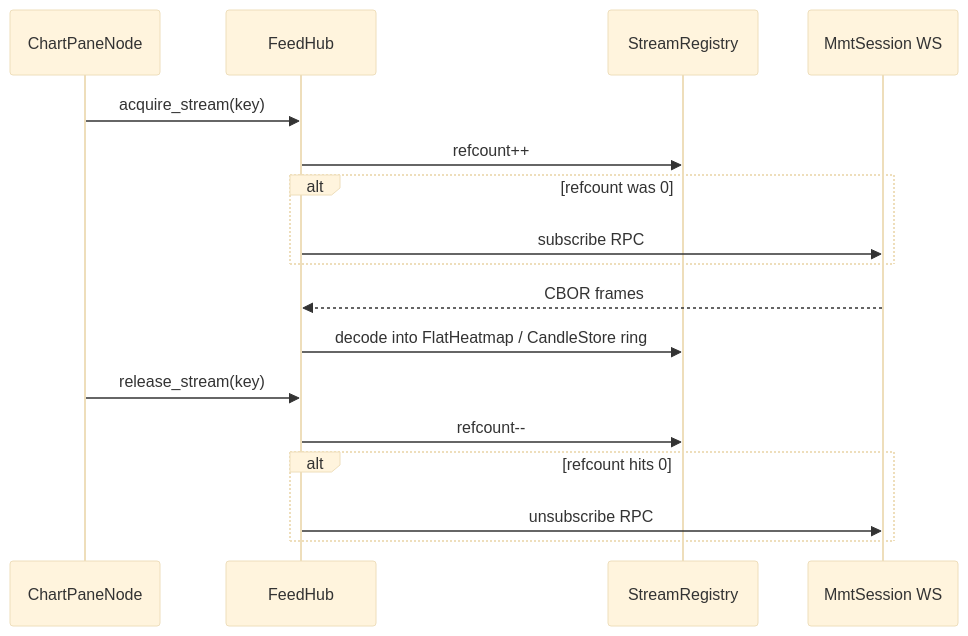
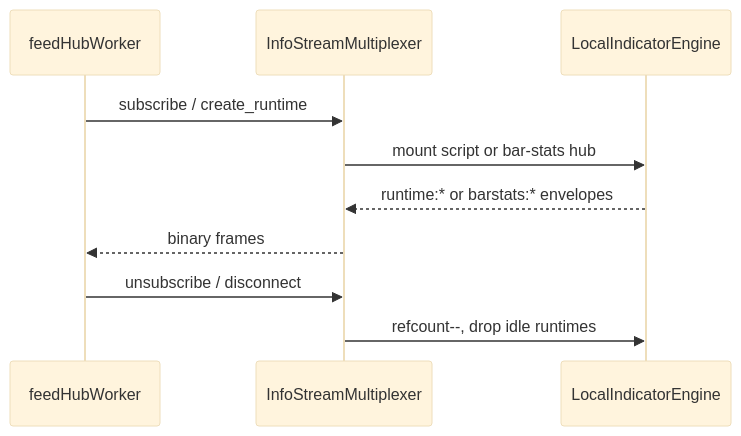
The diagram in docs/architecture/feed-hub.md (lukasdoellingg/mmt-trade), drawn with Mermaid (base theme) before and after one commit. The commit also changed other lines of this file and 91 other files, not shown here.

First line of the commit message:
Add first-party session feed, object-tree script panes, and TopBar dropdown fixes.

````diff
--- a/docs/architecture/feed-hub.md
+++ b/docs/architecture/feed-hub.md
@@ -21,20 +17,13 @@
 ```mermaid
 sequenceDiagram
-  participant Pane as ChartPaneNode
-  participant Hub as FeedHub
-  participant Reg as StreamRegistry
-  participant MMT as MmtSession WS
+  participant Tab as feedHubWorker
+  participant MUX as InfoStreamMultiplexer
+  participant Engine as LocalIndicatorEngine
 
-  Pane->>Hub: acquire_stream(key)
-  Hub->>Reg: refcount++
-  alt refcount was 0
-    Hub->>MMT: subscribe RPC
-  end
-  MMT-->>Hub: CBOR frames
-  Hub->>Reg: decode into FlatHeatmap / CandleStore ring
-  Pane->>Hub: release_stream(key)
-  Hub->>Reg: refcount--
-  alt refcount hits 0
-    Hub->>MMT: unsubscribe RPC
-  end
+  Tab->>MUX: subscribe / create_runtime
+  MUX->>Engine: mount script or bar-stats hub
+  Engine-->>MUX: runtime:* or barstats:* envelopes
+  MUX-->>Tab: binary frames
+  Tab->>MUX: unsubscribe / disconnect
+  MUX->>Engine: refcount--, drop idle runtimes
 ```
````
